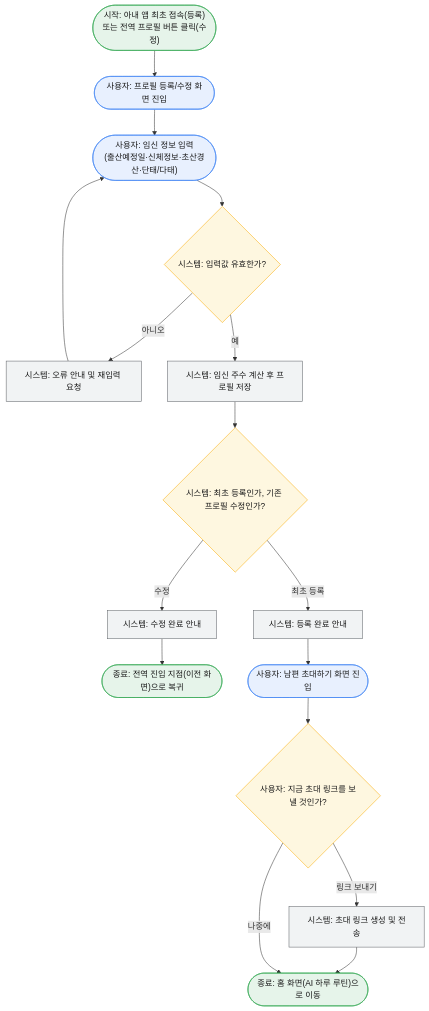
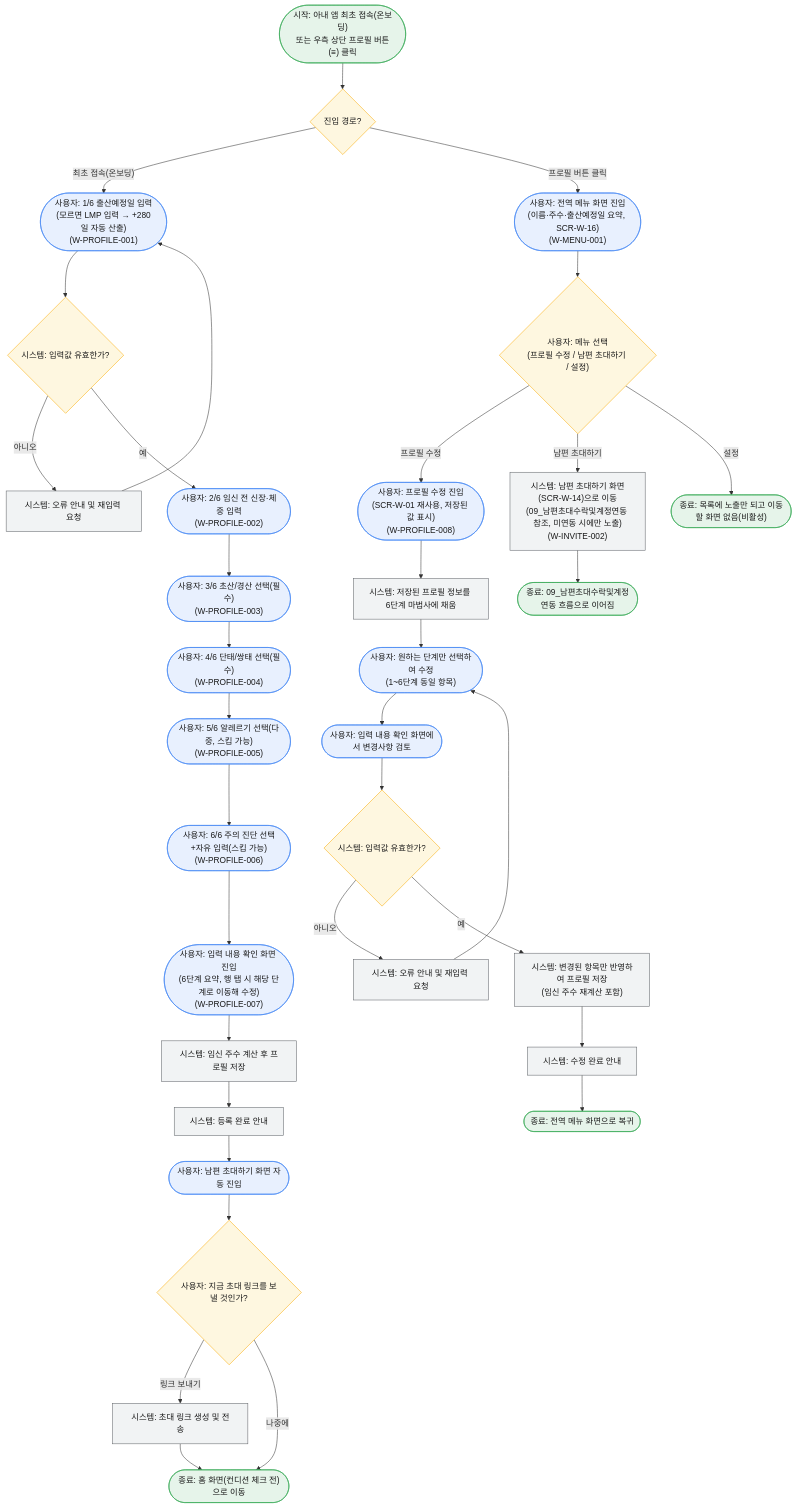
Before and after one commit to lgdxDORAEMI/PLM: the diagram in docs/서비스흐름도/01_프로필등록.mmd, drawn with Mermaid. The commit also changed 11 other files, not shown here.

First line of the commit message:
서비스 흐름도 및 기능 관련 문서 업데이트

```diff
--- a/docs/서비스흐름도/01_프로필등록.mmd
+++ b/docs/서비스흐름도/01_프로필등록.mmd
@@ -1,28 +1,51 @@
-%% 서비스 흐름도: 임산부 프로필 등록/수정 및 남편 초대
-%% 관련 기능: W-PROFILE-001, W-PROFILE-002, W-PROFILE-003, W-INVITE-002 / 관련 UC: UC1
-%% 주의: 프로필 "최초 등록"은 1회성 온보딩이며, 등록 완료 직후에만 남편 초대하기 화면으로 이어진다.
-%%       전역 프로필 버튼을 통한 "수정"은 저장 후 바로 이전 화면으로 복귀하며 초대 화면을 거치지 않는다.
-%%       '나중에'로 초대를 건너뛰어도 기회가 사라지지 않는다: 남편 미연동 상태인 동안 전역 프로필 버튼 메뉴에
-%%       '남편 초대(W-INVITE-002)' 항목이 남아 언제든 재시도 가능하며, 연동 완료 시 그 메뉴 항목은 자동으로 사라진다.
+%% 서비스 흐름도: 임산부 프로필 등록(6단계)/수정, 전역 메뉴, 남편 초대
+%% 관련 기능: W-PROFILE-001~007(등록 6단계+확인), W-PROFILE-008(수정), W-MENU-001, W-INVITE-001, W-INVITE-002 / 관련 UC: UC1
+%% 주의: 프로필 "최초 등록"(온보딩)은 6단계 마법사(SCR-W-01)를 거쳐 입력 내용 확인 화면(SCR-W-15)에서 저장하며,
+%%       저장 직후에만 남편 초대하기 화면으로 자동 연결된다(별도 이동 버튼 없음).
+%%       우측 상단 프로필 버튼(≡) 클릭 시 전역 메뉴 화면(SCR-W-16)으로 이동하며,
+%%       여기서 "프로필 수정 / 남편 초대하기 / 설정" 항목을 보여준다.
+%%       "설정"은 목록에 노출만 되고 탭해도 이동하는 화면이 없다(비활성, 스코프 제외).
+%%       "프로필 수정"은 저장된 값이 채워진 동일 6단계 마법사(SCR-W-01 재사용)로 이동해 원하는 단계만 수정하며,
+%%       확인 화면에서 저장 후 초대 화면을 거치지 않고 바로 메뉴로 복귀한다.
+%%       '나중에'로 초대를 건너뛰어도 기회가 사라지지 않는다: 남편 미연동 상태인 동안 전역 메뉴에
+%%       '남편 초대(W-INVITE-002)' 항목이 남아 언제든 재시도 가능하며, 연동 완료 시 그 항목은 자동으로 사라진다.
 flowchart TD
     classDef user fill:#E8F0FE,stroke:#4285F4,color:#1a1a1a;
     classDef system fill:#F1F3F4,stroke:#5f6368,color:#1a1a1a;
     classDef decision fill:#FEF7E0,stroke:#F9AB00,color:#1a1a1a;
     classDef terminal fill:#E6F4EA,stroke:#34A853,color:#1a1a1a;
 
-    Start(["시작: 아내 앱 최초 접속(등록)<br/>또는 전역 프로필 버튼 클릭(수정)"]):::terminal --> A(["사용자: 프로필 등록/수정 화면 진입"]):::user
-    A --> B(["사용자: 임신 정보 입력<br/>(출산예정일·신체정보·초산경산·단태/다태)"]):::user
-    B --> C{"시스템: 입력값 유효한가?"}:::decision
-    C -- 아니오 --> D["시스템: 오류 안내 및 재입력 요청"]:::system --> B
-    C -- 예 --> E["시스템: 임신 주수 계산 후 프로필 저장"]:::system
-    E --> G{"시스템: 최초 등록인가, 기존 프로필 수정인가?"}:::decision
+    Start(["시작: 아내 앱 최초 접속(온보딩)<br/>또는 우측 상단 프로필 버튼(≡) 클릭"]):::terminal --> Route{"진입 경로?"}:::decision
 
-    G -- 수정 --> F1["시스템: 수정 완료 안내"]:::system
-    F1 --> End1(["종료: 전역 진입 지점(이전 화면)으로 복귀"]):::terminal
+    Route -- 최초 접속(온보딩) --> S1(["사용자: 1/6 출산예정일 입력<br/>(모르면 LMP 입력 → +280일 자동 산출)<br/>(W-PROFILE-001)"]):::user
+    Route -- 프로필 버튼 클릭 --> MenuScr(["사용자: 전역 메뉴 화면 진입<br/>(이름·주수·출산예정일 요약, SCR-W-16)<br/>(W-MENU-001)"]):::user
+    MenuScr --> Menu{"사용자: 메뉴 선택<br/>(프로필 수정 / 남편 초대하기 / 설정)"}:::decision
 
-    G -- 최초 등록 --> H["시스템: 등록 완료 안내"]:::system
-    H --> I(["사용자: 남편 초대하기 화면 진입"]):::user
+    Menu -- 프로필 수정 --> M1(["사용자: 프로필 수정 진입<br/>(SCR-W-01 재사용, 저장된 값 표시)<br/>(W-PROFILE-008)"]):::user
+    Menu -- 남편 초대하기 --> M2["시스템: 남편 초대하기 화면(SCR-W-14)으로 이동<br/>(09_남편초대수락및계정연동 참조, 미연동 시에만 노출)<br/>(W-INVITE-002)"]:::system
+    M2 --> EndInv(["종료: 09_남편초대수락및계정연동 흐름으로 이어짐"]):::terminal
+    Menu -- 설정 --> EndSet(["종료: 목록에 노출만 되고 이동할 화면 없음(비활성)"]):::terminal
+
+    S1 --> C1{"시스템: 입력값 유효한가?"}:::decision
+    C1 -- 아니오 --> D1["시스템: 오류 안내 및 재입력 요청"]:::system --> S1
+    C1 -- 예 --> S2(["사용자: 2/6 임신 전 신장·체중 입력<br/>(W-PROFILE-002)"]):::user
+    S2 --> S3(["사용자: 3/6 초산/경산 선택(필수)<br/>(W-PROFILE-003)"]):::user
+    S3 --> S4(["사용자: 4/6 단태/쌍태 선택(필수)<br/>(W-PROFILE-004)"]):::user
+    S4 --> S5(["사용자: 5/6 알레르기 선택(다중, 스킵 가능)<br/>(W-PROFILE-005)"]):::user
+    S5 --> S6(["사용자: 6/6 주의 진단 선택+자유 입력(스킵 가능)<br/>(W-PROFILE-006)"]):::user
+    S6 --> Confirm(["사용자: 입력 내용 확인 화면 진입<br/>(6단계 요약, 행 탭 시 해당 단계로 이동해 수정)<br/>(W-PROFILE-007)"]):::user
+    Confirm --> E1["시스템: 임신 주수 계산 후 프로필 저장"]:::system
+    E1 --> H["시스템: 등록 완료 안내"]:::system
+    H --> I(["사용자: 남편 초대하기 화면 자동 진입"]):::user
     I --> J{"사용자: 지금 초대 링크를 보낼 것인가?"}:::decision
-    J -- 링크 보내기 --> K["시스템: 초대 링크 생성 및 전송"]:::system
-    K --> End2(["종료: 홈 화면(AI 하루 루틴)으로 이동"]):::terminal
+    J -- 링크 보내기 --> K["시스템: 초대 링크 생성 및 전송"]:::system --> End2(["종료: 홈 화면(컨디션 체크 전)으로 이동"]):::terminal
     J -- 나중에 --> End2
+
+    M1 --> B2["시스템: 저장된 프로필 정보를 6단계 마법사에 채움"]:::system
+    B2 --> B3(["사용자: 원하는 단계만 선택하여 수정<br/>(1~6단계 동일 항목)"]):::user
+    B3 --> ConfirmEdit(["사용자: 입력 내용 확인 화면에서 변경사항 검토"]):::user
+    ConfirmEdit --> C2{"시스템: 입력값 유효한가?"}:::decision
+    C2 -- 아니오 --> D2["시스템: 오류 안내 및 재입력 요청"]:::system --> B3
+    C2 -- 예 --> E2["시스템: 변경된 항목만 반영하여 프로필 저장<br/>(임신 주수 재계산 포함)"]:::system
+    E2 --> F1["시스템: 수정 완료 안내"]:::system
+    F1 --> End1(["종료: 전역 메뉴 화면으로 복귀"]):::terminal
```
